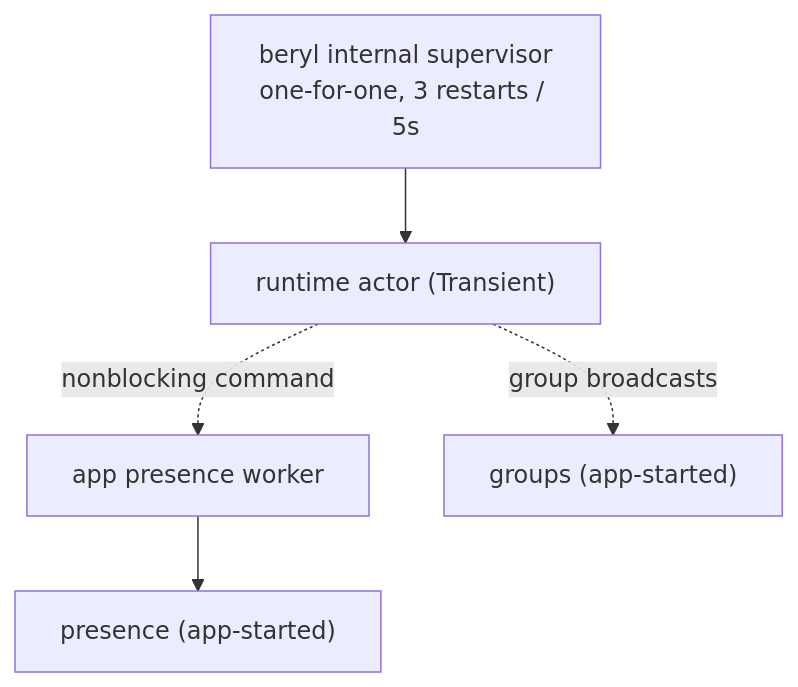
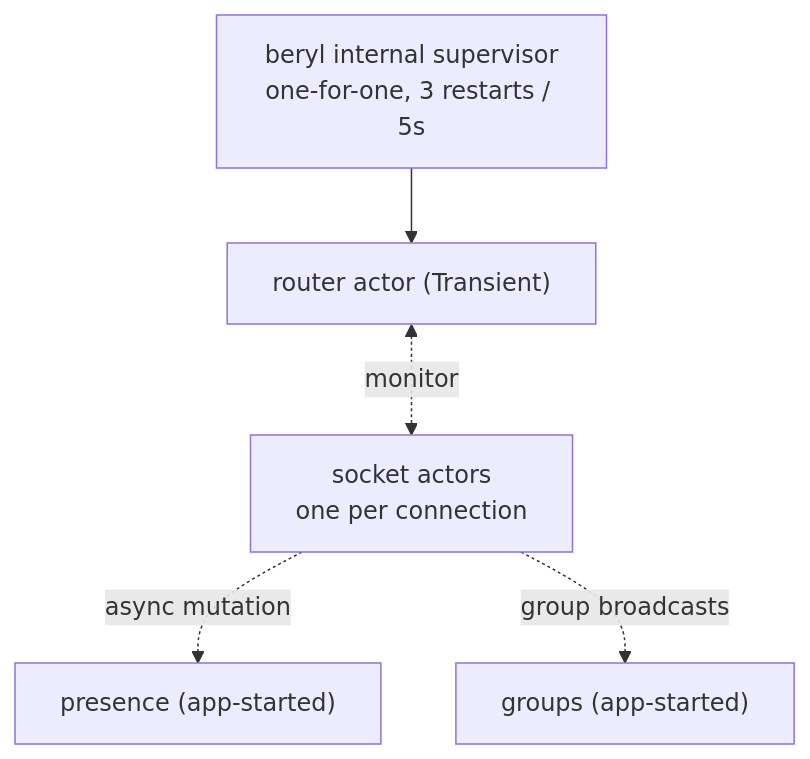
One commit to tylerbutler/beryl changed the second of 2 diagrams in website/src/content/docs/architecture/overview.md. Above: the diagram before and after it, drawn with Mermaid. The commit also changed other lines of this file and 13 other files, not shown here.

Commit message:
docs: update per-socket actor architecture

````diff
--- a/website/src/content/docs/architecture/overview.md
+++ b/website/src/content/docs/architecture/overview.md
@@ -69,11 +69,10 @@
 ```mermaid
 flowchart TB
   S["beryl internal supervisor<br/>one-for-one, 3 restarts / 5s"]
-  S --> RT["runtime actor (Transient)"]
+  S --> RT["router actor (Transient)"]
+  RT <-. "monitor" .-> SA["socket actors<br/>one per connection"]
   PR["presence (app-started)"]
-  PW["app presence worker"]
   GR["groups (app-started)"]
-  RT -. "nonblocking command" .-> PW
-  PW --> PR
-  RT -. "group broadcasts" .-> GR
+  SA -. "async mutation" .-> PR
+  SA -. "group broadcasts" .-> GR
 ```
````
